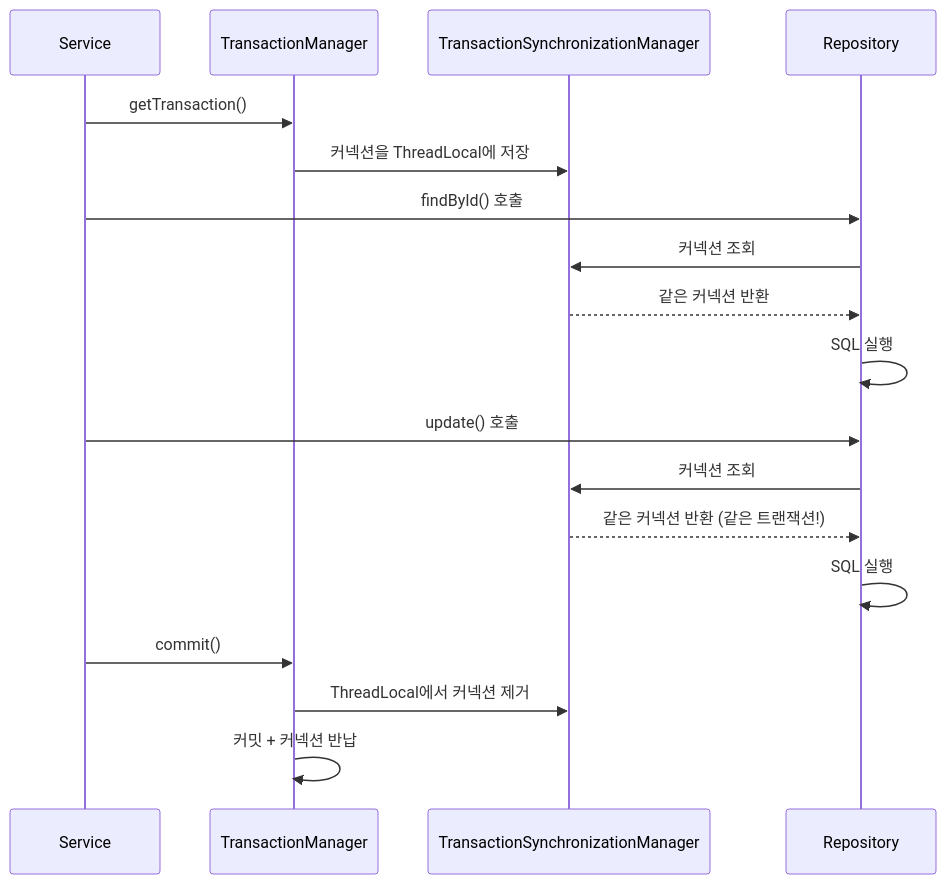
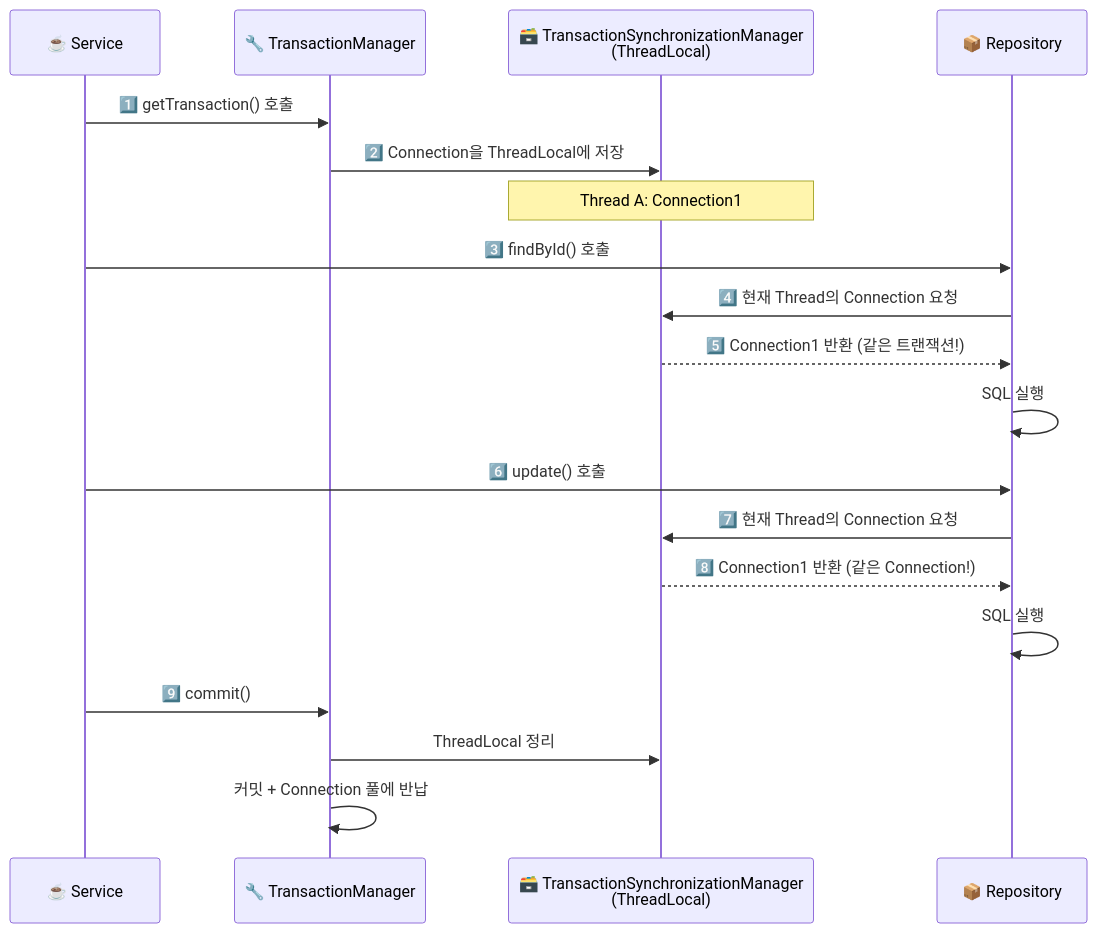
The sixth of 11 diagrams in _posts/spring/2026-05-02-spring-db-1.md (yjkim2015/yjkim2015.github.io), drawn with Mermaid before and after one commit. The commit also changed other lines of this file and 32 other files, not shown here.

````diff
--- a/_posts/spring/2026-05-02-spring-db-1.md
+++ b/_posts/spring/2026-05-02-spring-db-1.md
@@ -359,21 +397,24 @@
 ```mermaid
 sequenceDiagram
-    participant S as Service
-    participant TM as TransactionManager
-    participant TSM as TransactionSynchronizationManager
-    participant R as Repository
+    participant S as ☕ Service
+    participant TM as 🔧 TransactionManager
+    participant TSM as 🗃️ TransactionSynchronizationManager<br/>(ThreadLocal)
+    participant R as 📦 Repository
 
-    S->>TM: getTransaction()
-    TM->>TSM: 커넥션을 ThreadLocal에 저장
-    S->>R: findById() 호출
-    R->>TSM: 커넥션 조회
-    TSM-->>R: 같은 커넥션 반환
+    S->>TM: 1️⃣ getTransaction() 호출
+    TM->>TSM: 2️⃣ Connection을 ThreadLocal에 저장
+    Note over TSM: Thread A: Connection1
+    S->>R: 3️⃣ findById() 호출
+    R->>TSM: 4️⃣ 현재 Thread의 Connection 요청
+    TSM-->>R: 5️⃣ Connection1 반환 (같은 트랜잭션!)
     R->>R: SQL 실행
-    S->>R: update() 호출
-    R->>TSM: 커넥션 조회
-    TSM-->>R: 같은 커넥션 반환 (같은 트랜잭션!)
+
+    S->>R: 6️⃣ update() 호출
+    R->>TSM: 7️⃣ 현재 Thread의 Connection 요청
+    TSM-->>R: 8️⃣ Connection1 반환 (같은 Connection!)
     R->>R: SQL 실행
-    S->>TM: commit()
-    TM->>TSM: ThreadLocal에서 커넥션 제거
-    TM->>TM: 커밋 + 커넥션 반납
+
+    S->>TM: 9️⃣ commit()
+    TM->>TSM: ThreadLocal 정리
+    TM->>TM: 커밋 + Connection 풀에 반납
 ```
````
